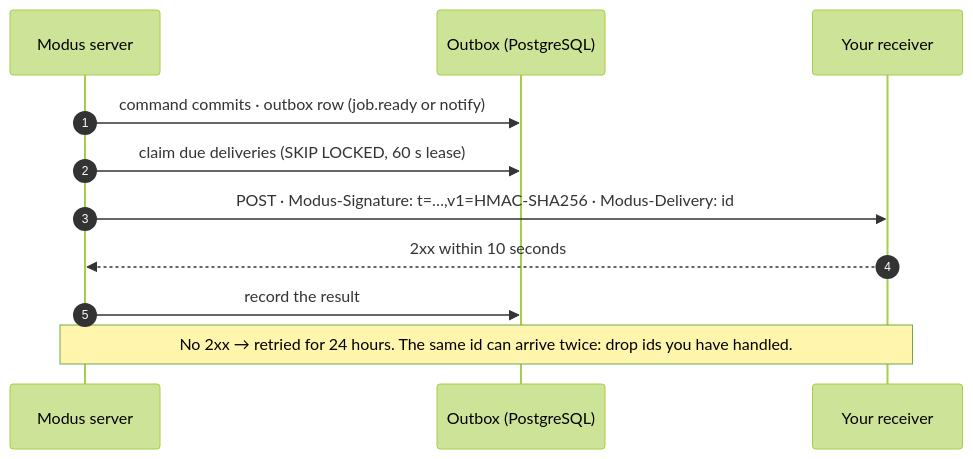
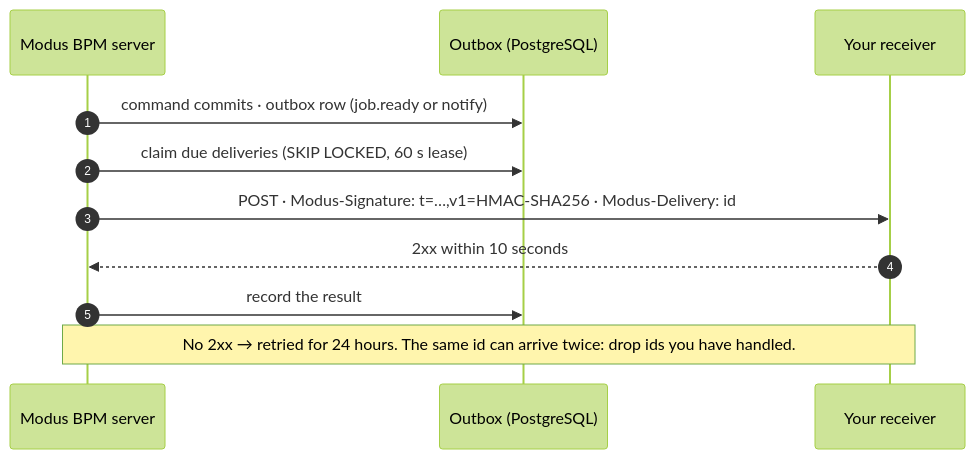
One commit to modus-bpm/modus changed the third of 3 diagrams in docs/PLATFORM-OVERVIEW.md. Above: the diagram before and after it, drawn with Mermaid (forest theme). The commit also changed other lines of this file and 117 other files, not shown here.

First line of the commit message:
project: the product is called Modus BPM

````diff
--- a/docs/PLATFORM-OVERVIEW.md
+++ b/docs/PLATFORM-OVERVIEW.md
@@ -216,13 +216,13 @@
 ```mermaid
 sequenceDiagram
   autonumber
-  participant S as Modus server
+  participant S as Modus BPM server
   participant DB as Outbox (PostgreSQL)
   participant R as Your receiver
   S->>DB: command commits · outbox row (job.ready or notify)
   S->>DB: claim due deliveries (SKIP LOCKED, 60 s lease)
   S->>R: POST · Modus-Signature: t=…,v1=HMAC-SHA256 · Modus-Delivery: id
   R-->>S: 2xx within 10 seconds
   S->>DB: record the result
   Note over S,R: No 2xx → retried for 24 hours. The same id can arrive twice: drop ids you have handled.
 ```
````
